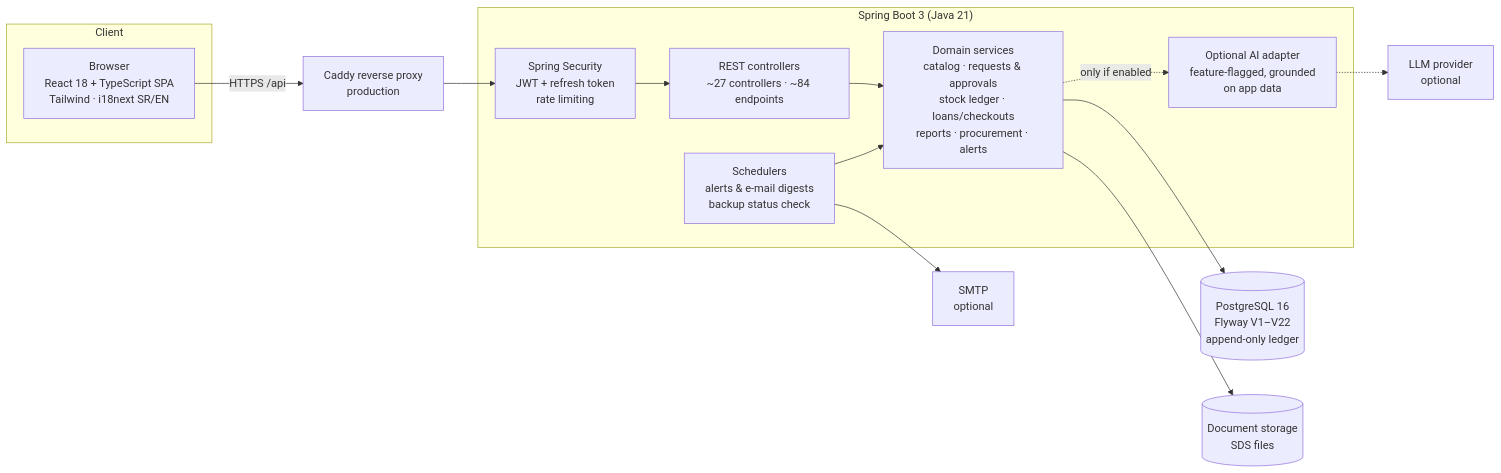
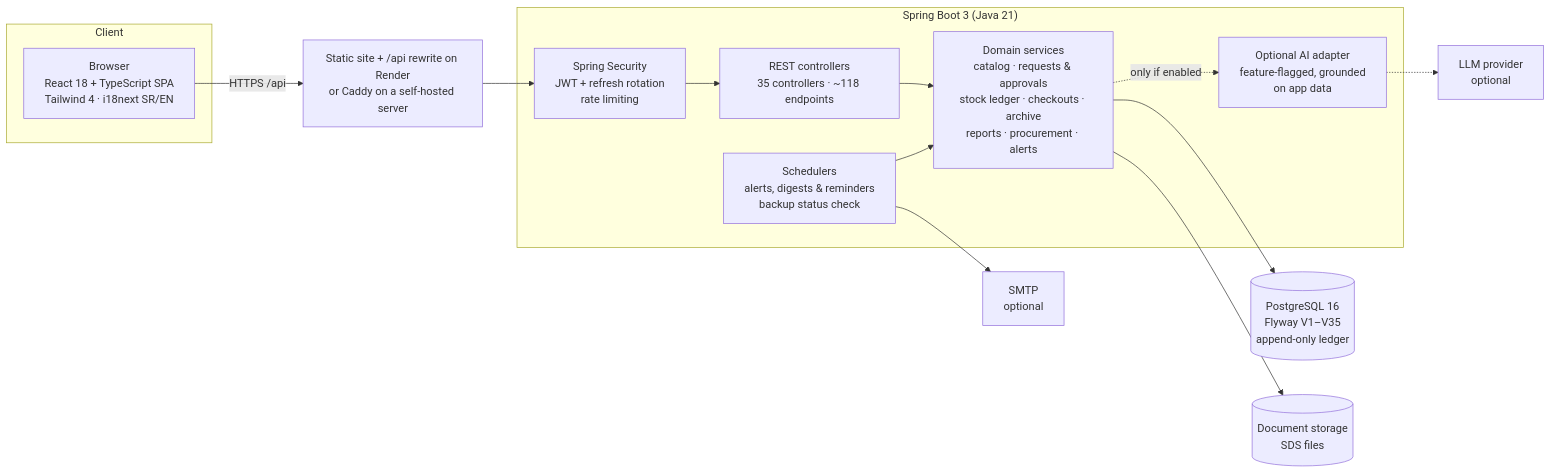
One commit to Excapex/evidlab-showcase changed the diagram in README.md. Above: the diagram before and after it, drawn with Mermaid. The commit also changed other lines of this file and 33 other files, not shown here.

````diff
--- a/README.md
+++ b/README.md
@@ -76,24 +94,24 @@
 ```mermaid
 flowchart LR
   subgraph Client
-    U[Browser<br/>React 18 + TypeScript SPA<br/>Tailwind · i18next SR/EN]
+    U[Browser<br/>React 18 + TypeScript SPA<br/>Tailwind 4 · i18next SR/EN]
   end
   subgraph Server["Spring Boot 3 (Java 21)"]
-    SEC[Spring Security<br/>JWT + refresh token<br/>rate limiting]
-    API[REST controllers<br/>~27 controllers · ~84 endpoints]
-    SVC[Domain services<br/>catalog · requests & approvals<br/>stock ledger · loans/checkouts<br/>reports · procurement · alerts]
-    SCH[Schedulers<br/>alerts & e-mail digests<br/>backup status check]
+    SEC[Spring Security<br/>JWT + refresh rotation<br/>rate limiting]
+    API[REST controllers<br/>35 controllers · ~118 endpoints]
+    SVC[Domain services<br/>catalog · requests & approvals<br/>stock ledger · checkouts · archive<br/>reports · procurement · alerts]
+    SCH[Schedulers<br/>alerts, digests & reminders<br/>backup status check]
     AI[Optional AI adapter<br/>feature-flagged, grounded<br/>on app data]
   end
-  DB[(PostgreSQL 16<br/>Flyway V1–V22<br/>append-only ledger)]
+  DB[(PostgreSQL 16<br/>Flyway V1–V35<br/>append-only ledger)]
   FS[(Document storage<br/>SDS files)]
   MAIL[SMTP<br/>optional]
   LLM[LLM provider<br/>optional]
-  PROXY[Caddy reverse proxy<br/>production]
+  EDGE[Static site + /api rewrite on Render<br/>or Caddy on a self-hosted server]
 
-  U -->|HTTPS /api| PROXY --> SEC --> API --> SVC --> DB
+  U -->|HTTPS /api| EDGE --> SEC --> API --> SVC --> DB
   SVC --> FS
   SCH --> SVC
   SCH --> MAIL
   SVC -. only if enabled .-> AI -.-> LLM
 ```
````
